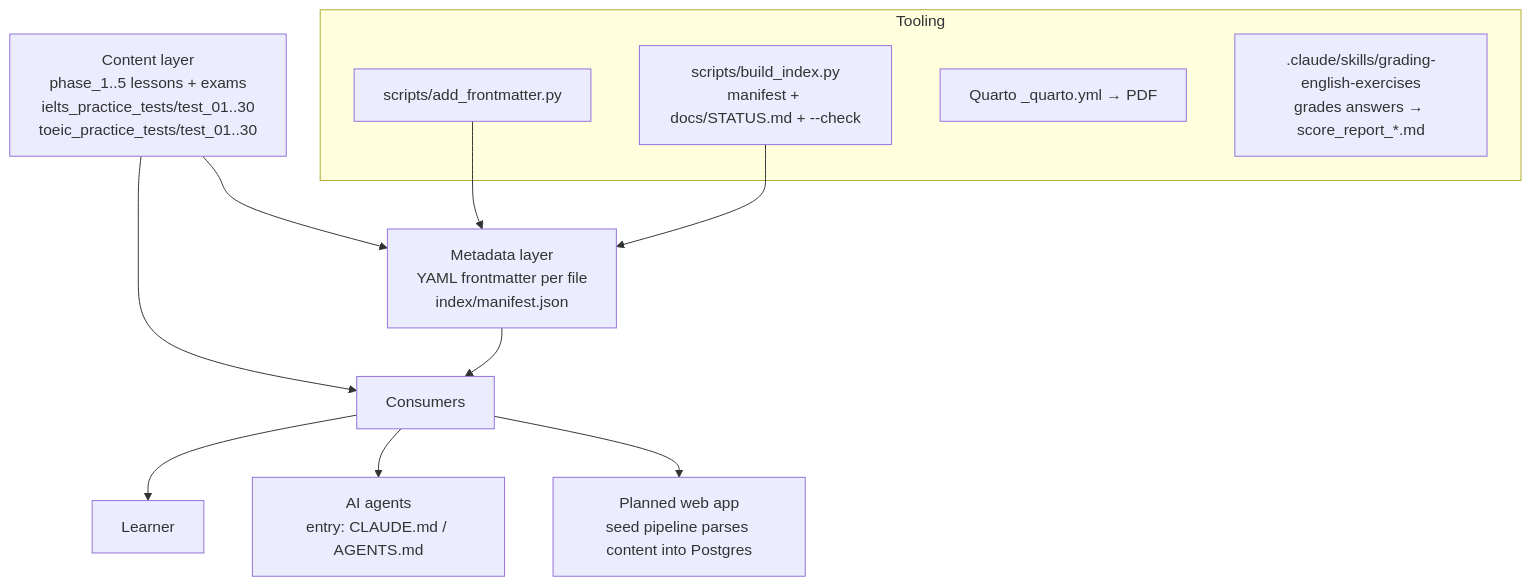
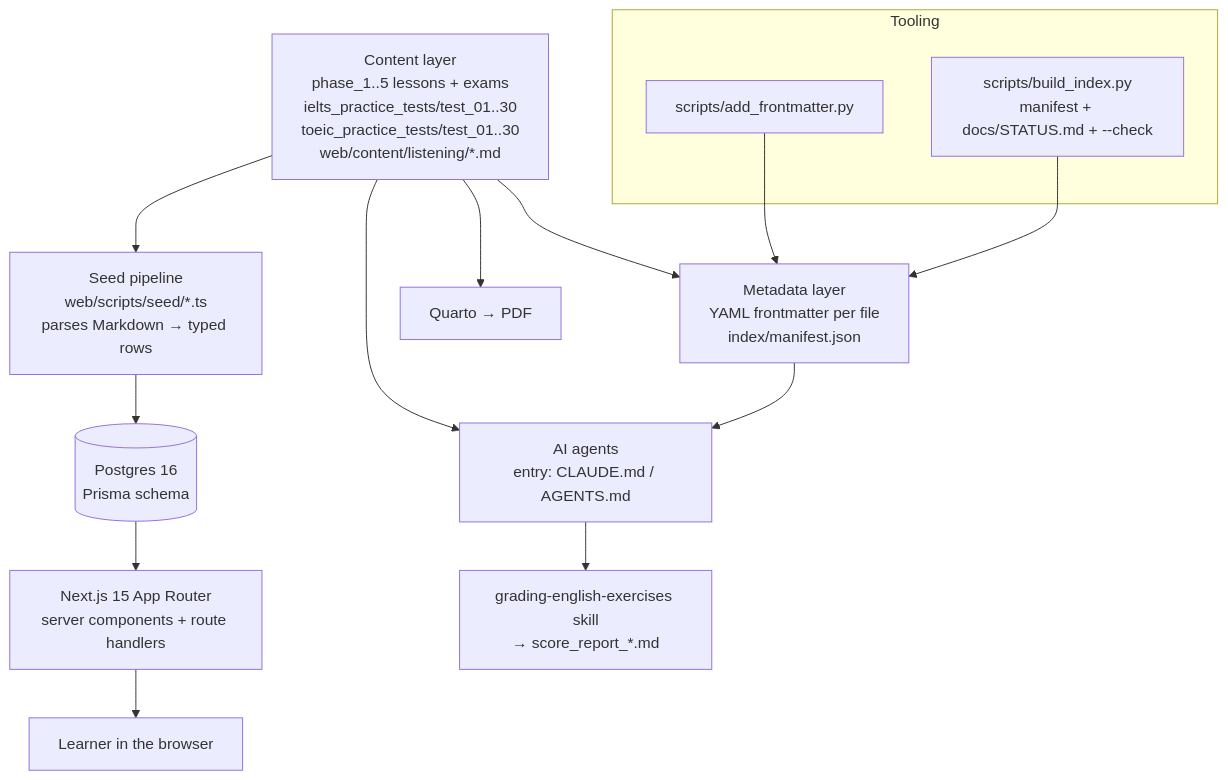
Before and after one commit to tduybao2005/learning-english: the diagram in docs/architecture.md, drawn with Mermaid. The commit also changed other lines of this file and 12 other files, not shown here.

````diff
--- a/docs/architecture.md
+++ b/docs/architecture.md
@@ -11,17 +18,20 @@
 ```mermaid
 flowchart TD
-    A[Content layer<br/>phase_1..5 lessons + exams<br/>ielts_practice_tests/test_01..30<br/>toeic_practice_tests/test_01..30] --> B[Metadata layer<br/>YAML frontmatter per file<br/>index/manifest.json]
-    A --> C[Consumers]
-    B --> C
+    A[Content layer<br/>phase_1..5 lessons + exams<br/>ielts_practice_tests/test_01..30<br/>toeic_practice_tests/test_01..30<br/>web/content/listening/*.md] --> B[Metadata layer<br/>YAML frontmatter per file<br/>index/manifest.json]
+    A --> S[Seed pipeline<br/>web/scripts/seed/*.ts<br/>parses Markdown → typed rows]
+    S --> DB[(Postgres 16<br/>Prisma schema)]
+    DB --> APP[Next.js 15 App Router<br/>server components + route handlers]
+    APP --> L1[Learner in the browser]
+
+    A --> C2[AI agents<br/>entry: CLAUDE.md / AGENTS.md]
+    B --> C2
+    C2 --> G[grading-english-exercises skill<br/>→ score_report_*.md]
+    A --> Q[Quarto → PDF]
+
     subgraph Tooling
         T1[scripts/add_frontmatter.py]
         T2[scripts/build_index.py<br/>manifest + docs/STATUS.md + --check]
-        T3[Quarto _quarto.yml → PDF]
-        T4[.claude/skills/grading-english-exercises<br/>grades answers → score_report_*.md]
     end
     T1 --> B
     T2 --> B
-    C --> C1[Learner]
-    C --> C2[AI agents<br/>entry: CLAUDE.md / AGENTS.md]
-    C --> C3[Planned web app<br/>seed pipeline parses content into Postgres]
 ```
````
